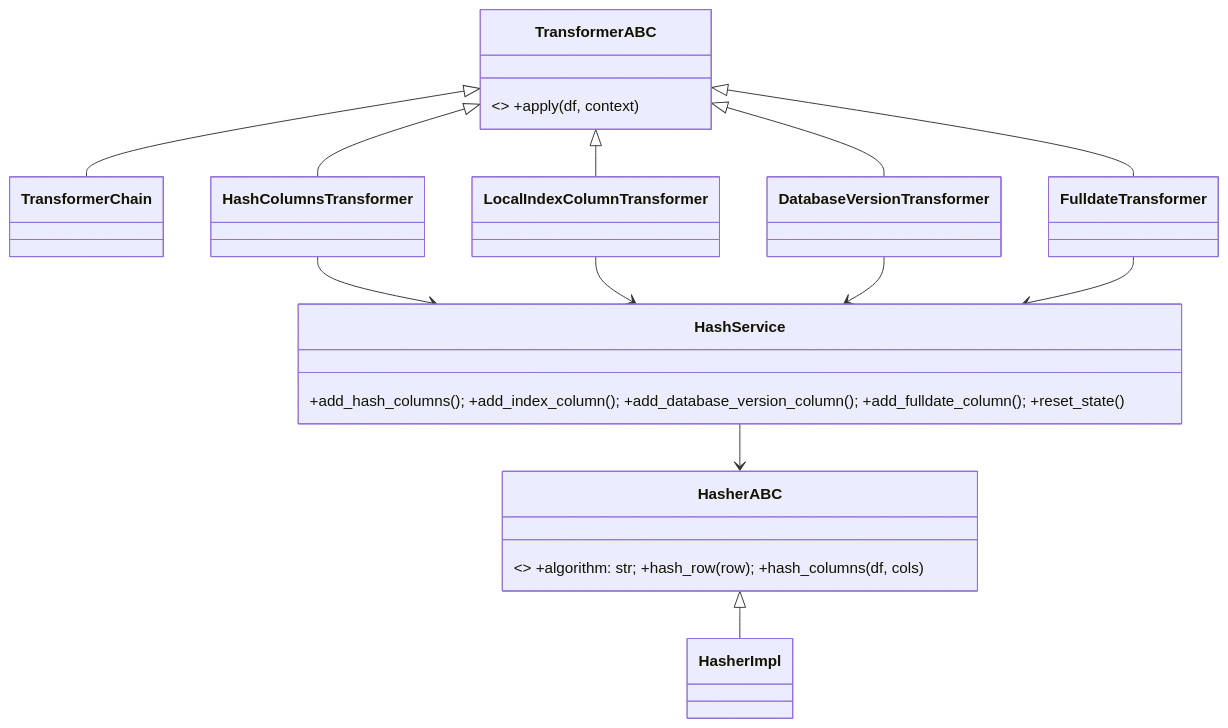
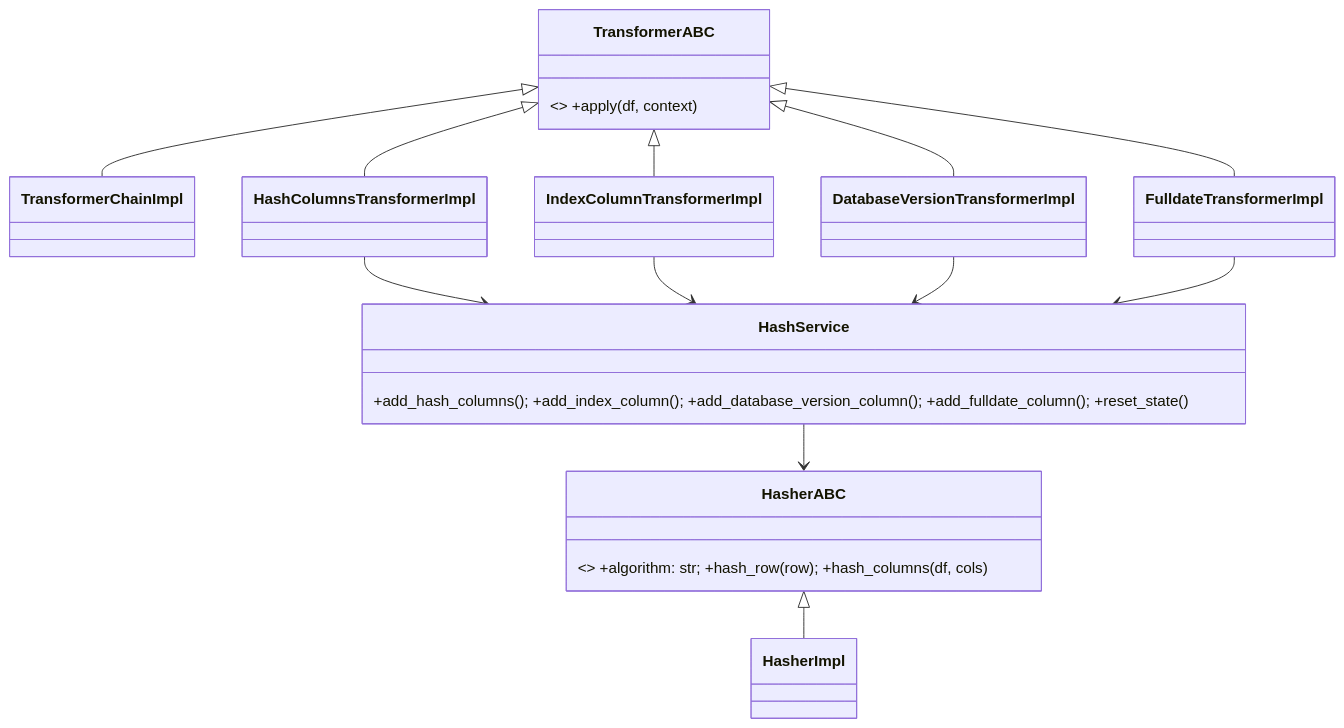
One commit to SatoryKono/BioactivityDataAcquisition changed the fourth of 6 diagrams in docs/domain-class-diagrams.md. Above: the diagram before and after it, drawn with Mermaid. The commit also changed 7 other files, not shown here.

Commit message:
Align hash transformer naming with Impl suffix

````diff
--- a/docs/domain-class-diagrams.md
+++ b/docs/domain-class-diagrams.md
@@ -132,24 +132,24 @@
 ```mermaid
 classDiagram
     class HasherABC { <<ABC>> +algorithm: str; +hash_row(row); +hash_columns(df, cols) }
     class HasherImpl
     class HashService { +add_hash_columns(); +add_index_column(); +add_database_version_column(); +add_fulldate_column(); +reset_state() }
     class TransformerABC { <<ABC>> +apply(df, context) }
-    class TransformerChain
-    class HashColumnsTransformer
-    class LocalIndexColumnTransformer
-    class DatabaseVersionTransformer
-    class FulldateTransformer
+    class TransformerChainImpl
+    class HashColumnsTransformerImpl
+    class IndexColumnTransformerImpl
+    class DatabaseVersionTransformerImpl
+    class FulldateTransformerImpl
 
     HasherABC <|-- HasherImpl
     HashService --> HasherABC
-    TransformerABC <|-- TransformerChain
-    TransformerABC <|-- HashColumnsTransformer
-    TransformerABC <|-- LocalIndexColumnTransformer
-    TransformerABC <|-- DatabaseVersionTransformer
-    TransformerABC <|-- FulldateTransformer
-    HashColumnsTransformer --> HashService
-    LocalIndexColumnTransformer --> HashService
-    DatabaseVersionTransformer --> HashService
-    FulldateTransformer --> HashService
+    TransformerABC <|-- TransformerChainImpl
+    TransformerABC <|-- HashColumnsTransformerImpl
+    TransformerABC <|-- IndexColumnTransformerImpl
+    TransformerABC <|-- DatabaseVersionTransformerImpl
+    TransformerABC <|-- FulldateTransformerImpl
+    HashColumnsTransformerImpl --> HashService
+    IndexColumnTransformerImpl --> HashService
+    DatabaseVersionTransformerImpl --> HashService
+    FulldateTransformerImpl --> HashService
 ```
````
